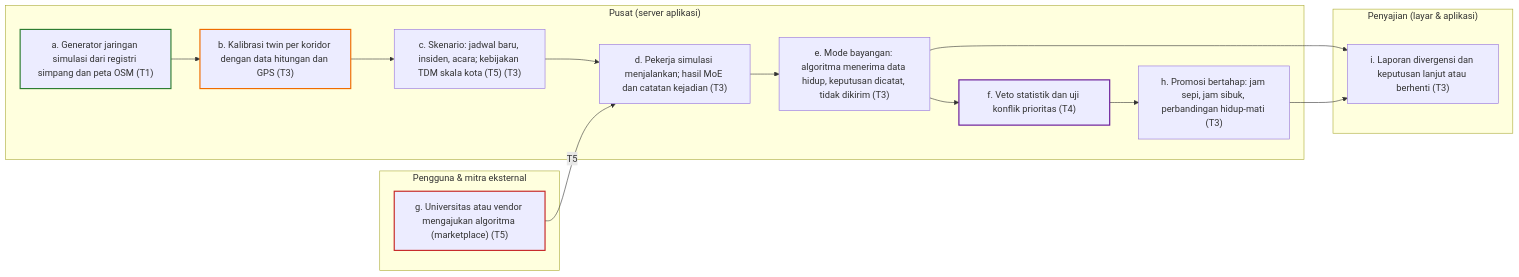
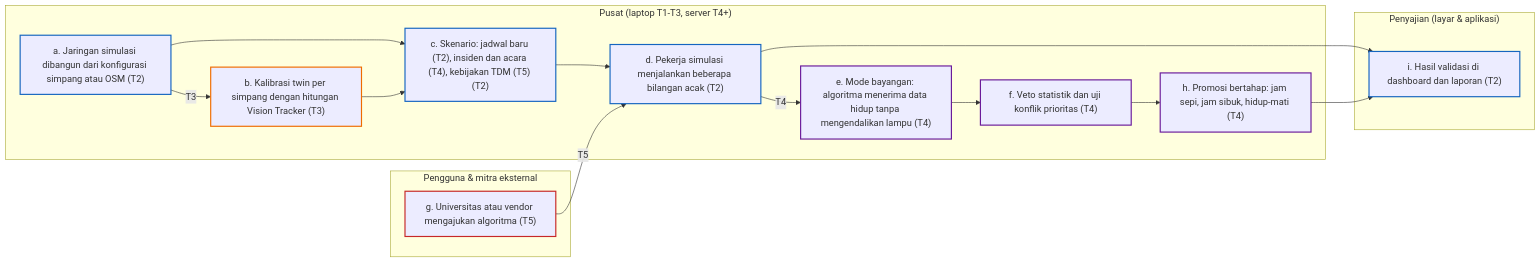
Diagram 11 of 12 in docs/planning/diagram/_bagian_diagram.md (lionateofhaidar/irama-project), drawn with Mermaid before and after one commit. The commit also changed other lines of this file and 75 other files, not shown here.

First line of the commit message:
Revisi fokus T2 Vision Tracker dan Optimasi Simpang; dokumen 14 sampai 16; diagram dirutekan ulang

````diff
--- a/docs/planning/diagram/_bagian_diagram.md
+++ b/docs/planning/diagram/_bagian_diagram.md
@@ -564,31 +608,36 @@
 ```mermaid
 flowchart LR
   subgraph P["Pengguna & mitra eksternal"]
-    F11g["g. Universitas atau vendor mengajukan algoritma (marketplace) (T5)"]
+    F11g["g. Universitas atau vendor mengajukan algoritma (T5)"]
   end
   subgraph U["Penyajian (layar & aplikasi)"]
-    F11i["i. Laporan divergensi dan keputusan lanjut atau berhenti (T3)"]
+    F11i["i. Hasil validasi di dashboard dan laporan (T2)"]
   end
-  subgraph S["Pusat (server aplikasi)"]
-    F11a["a. Generator jaringan simulasi dari registri simpang dan peta OSM (T1)"]
-    F11b["b. Kalibrasi twin per koridor dengan data hitungan dan GPS (T3)"]
-    F11c["c. Skenario: jadwal baru, insiden, acara; kebijakan TDM skala kota (T5) (T3)"]
-    F11d["d. Pekerja simulasi menjalankan; hasil MoE dan catatan kejadian (T3)"]
-    F11e["e. Mode bayangan: algoritma menerima data hidup, keputusan dicatat, tidak dikirim (T3)"]
+  subgraph S["Pusat (laptop T1-T3, server T4+)"]
+    F11a["a. Jaringan simulasi dibangun dari konfigurasi simpang atau OSM (T2)"]
+    F11b["b. Kalibrasi twin per simpang dengan hitungan Vision Tracker (T3)"]
+    F11c["c. Skenario: jadwal baru (T2), insiden dan acara (T4), kebijakan TDM (T5) (T2)"]
+    F11d["d. Pekerja simulasi menjalankan beberapa bilangan acak (T2)"]
+    F11e["e. Mode bayangan: algoritma menerima data hidup tanpa mengendalikan lampu (T4)"]
     F11f["f. Veto statistik dan uji konflik prioritas (T4)"]
-    F11h["h. Promosi bertahap: jam sepi, jam sibuk, perbandingan hidup-mati (T3)"]
+    F11h["h. Promosi bertahap: jam sepi, jam sibuk, hidup-mati (T4)"]
   end
-  F11a --> F11b
+  F11a -->|T3| F11b
+  F11a --> F11c
   F11b --> F11c
   F11c --> F11d
-  F11d --> F11e
+  F11d --> F11i
+  F11d -->|T4| F11e
   F11e --> F11f
   F11f --> F11h
   F11g -->|T5| F11d
-  F11e --> F11i
   F11h --> F11i
-  style F11a stroke:#2E7D32,stroke-width:2px
-  style F11b stroke:#EF6C00,stroke-width:2px
-  style F11f stroke:#6A1B9A,stroke-width:2px
-  style F11g stroke:#C62828,stroke-width:2px
+  classDef t2 stroke:#1565C0,stroke-width:2px
+  class F11a,F11c,F11d,F11i t2
+  classDef t3 stroke:#EF6C00,stroke-width:2px
+  class F11b t3
+  classDef t4 stroke:#6A1B9A,stroke-width:2px
+  class F11e,F11f,F11h t4
+  classDef t5 stroke:#C62828,stroke-width:2px
+  class F11g t5
 ```
````
